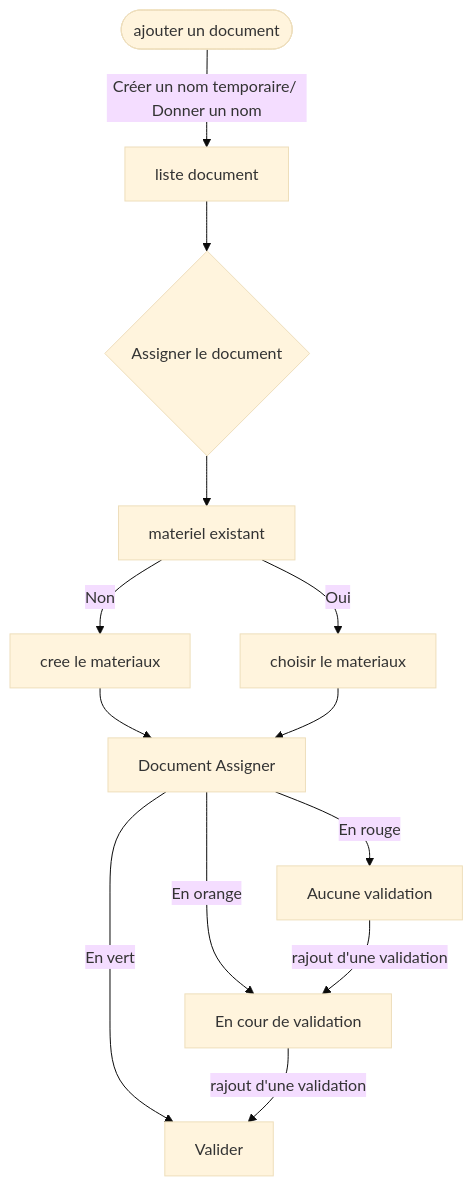
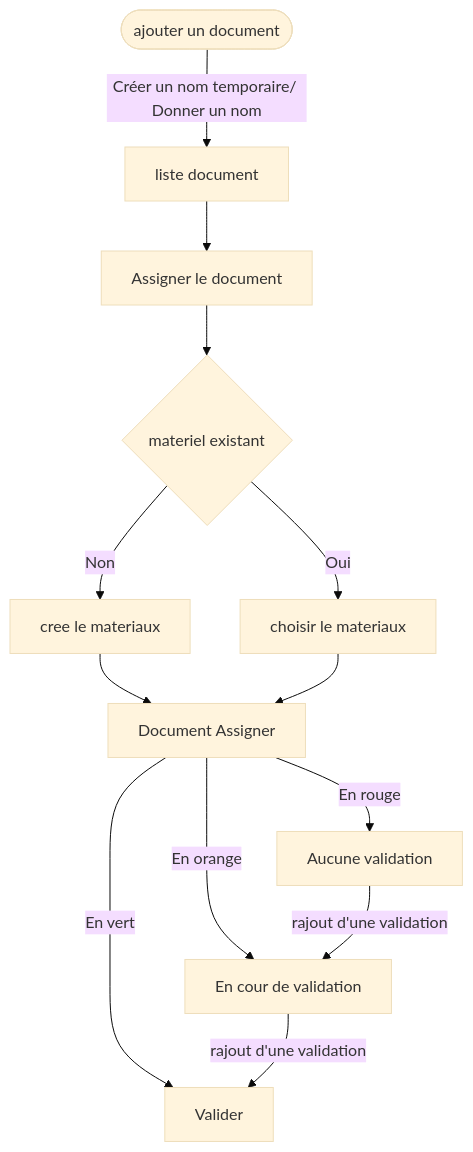
One commit to andergroundvrej/test changed the second of 2 diagrams in README.md. Above: the diagram before and after it, drawn with Mermaid (base theme).

Commit message:
Fix mermaid diagram syntax in README.md

````diff
--- a/README.md
+++ b/README.md
@@ -96,17 +96,17 @@
 ```mermaid
 flowchart TD
 A([ajouter un document]) -- Créer un nom temporaire/ Donner un nom --> B[liste document]
-B --> C{Assigner le document}
-C --> F[materiel existant]
+B --> C[Assigner le document]
+C --> F{materiel existant}
 F -- Non --> D[cree le materiaux]
 F -- Oui --> E[choisir le materiaux]
 D --> J[Document Assigner]
 E --> J
 J -- En rouge --> G[Aucune validation]
 J -- En orange --> H[En cour de validation]
 J -- En vert --> I[Valider]
 G -- rajout d'une validation --> H
 H -- rajout d'une validation --> I
 
 
 ```
````
